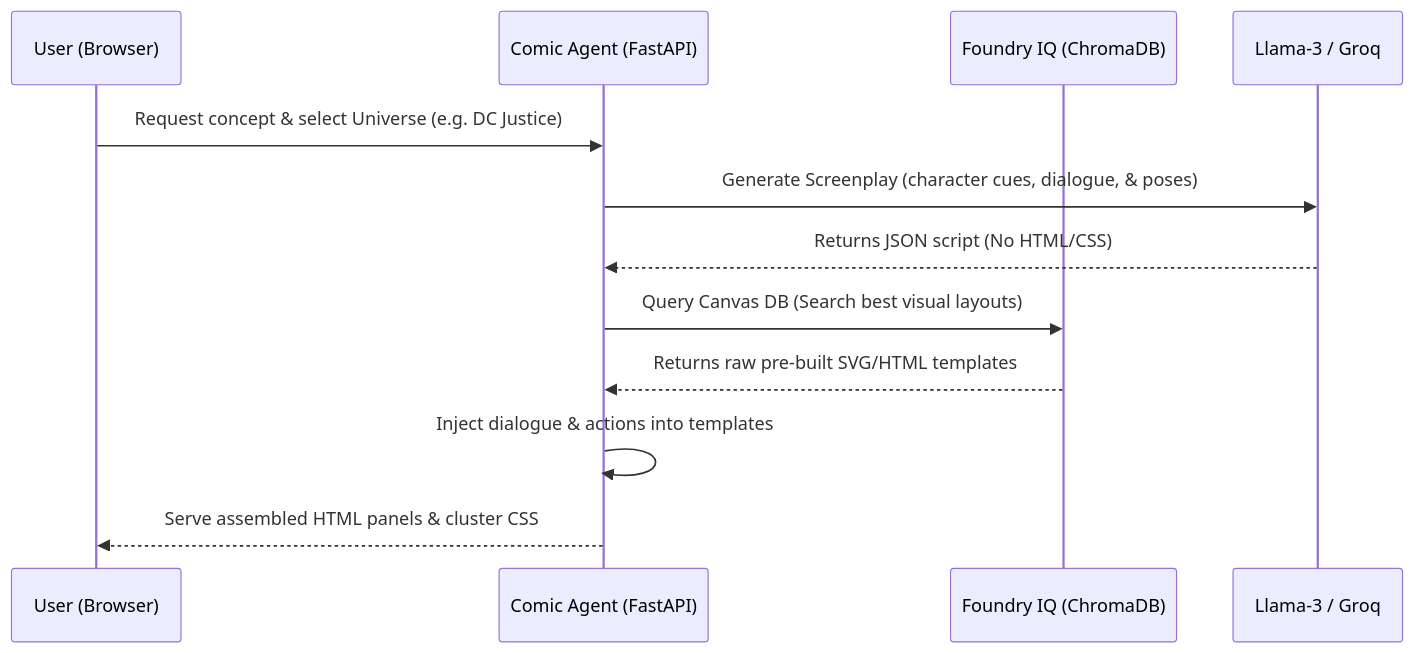
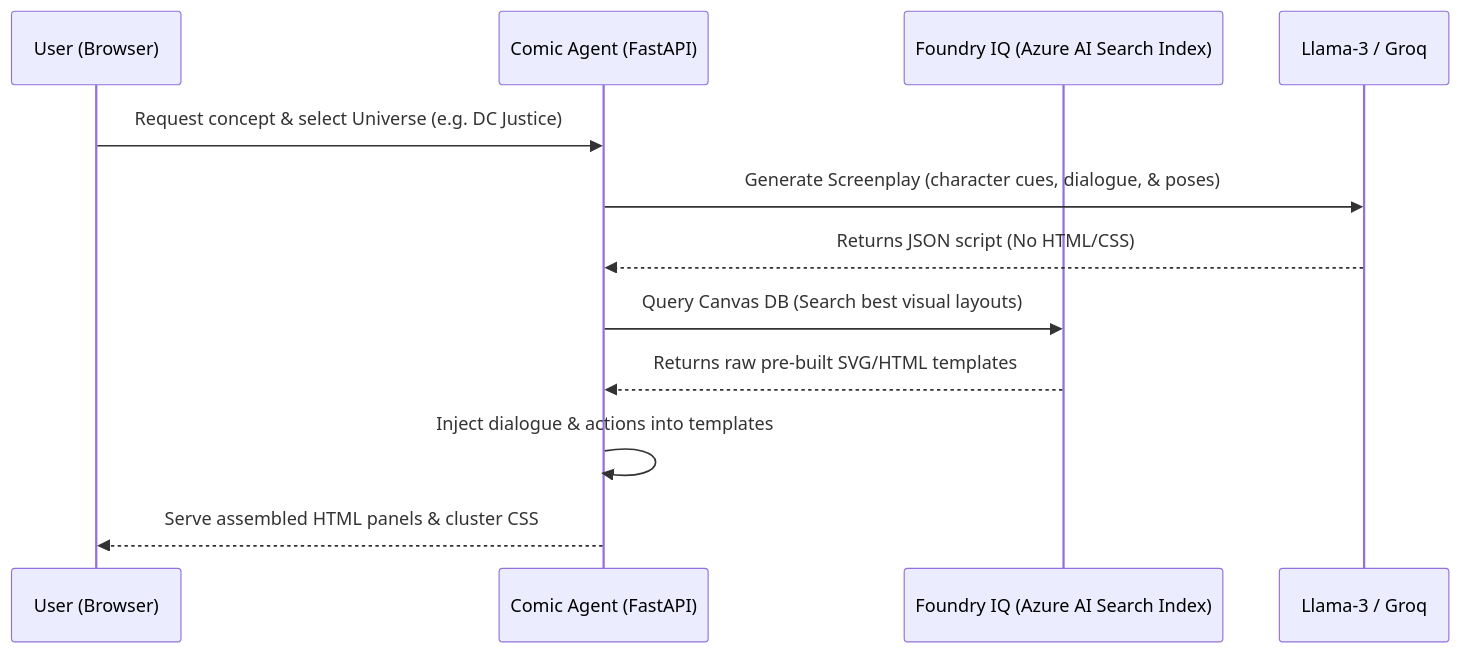
The second of 2 diagrams in architecture.md (Niteesh57/knowledgeforge), drawn with Mermaid before and after one commit. The commit also changed other lines of this file and 2 other files, not shown here.

Commit message:
feat: implement comic agent to generate JSON storyboards and ingest canvas assets for panel renderings.

````diff
--- a/architecture.md
+++ b/architecture.md
@@ -77,14 +77,14 @@
 ```mermaid
 sequenceDiagram
     participant User as User (Browser)
     participant Agent as Comic Agent (FastAPI)
-    participant FIQ as Foundry IQ (ChromaDB)
+    participant FIQ as Foundry IQ (Azure AI Search Index)
     participant LLM as Llama-3 / Groq
     User->>Agent: Request concept & select Universe (e.g. DC Justice)
     Agent->>LLM: Generate Screenplay (character cues, dialogue, & poses)
     LLM-->>Agent: Returns JSON script (No HTML/CSS)
     Agent->>FIQ: Query Canvas DB (Search best visual layouts)
     FIQ-->>Agent: Returns raw pre-built SVG/HTML templates
     Agent->>Agent: Inject dialogue & actions into templates
     Agent-->>User: Serve assembled HTML panels & cluster CSS
 ```
````
